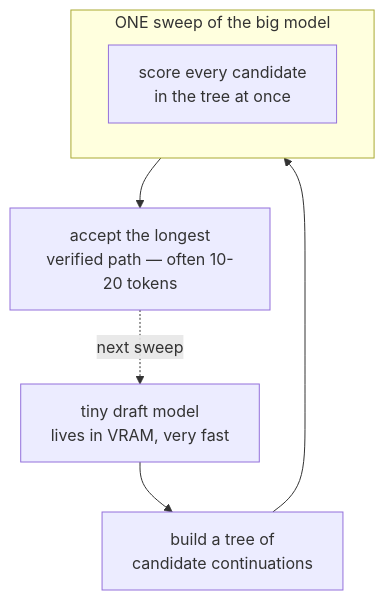
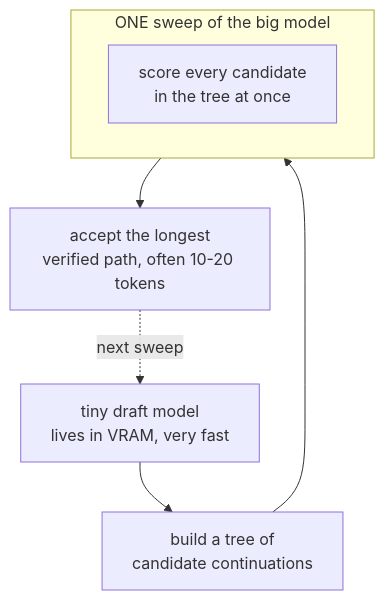
Before and after one commit to oney-erge/Afterimage: the fourth of 7 diagrams in docs/LITERATURE.md, drawn with Mermaid. The commit also changed other lines of this file and 150 other files, not shown here.

````diff
--- a/docs/LITERATURE.md
+++ b/docs/LITERATURE.md
@@ -109,10 +109,10 @@
 ```mermaid
 flowchart TD
     DRAFT["tiny draft model<br/>lives in VRAM, very fast"] --> TREE["build a tree of<br/>candidate continuations"]
     TREE --> V
     subgraph V["ONE sweep of the big model"]
         VV["score every candidate<br/>in the tree at once"]
     end
-    V --> ACC["accept the longest<br/>verified path — often 10-20 tokens"]
+    V --> ACC["accept the longest<br/>verified path, often 10-20 tokens"]
     ACC -.->|"next sweep"| DRAFT
 ```
````
